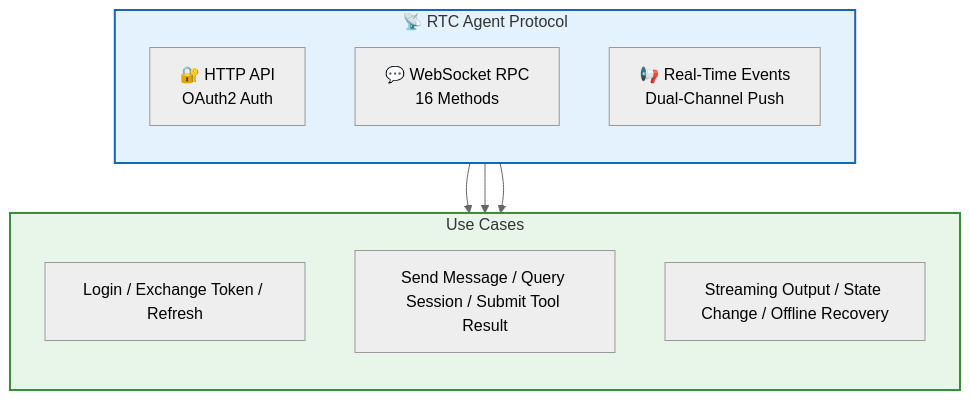
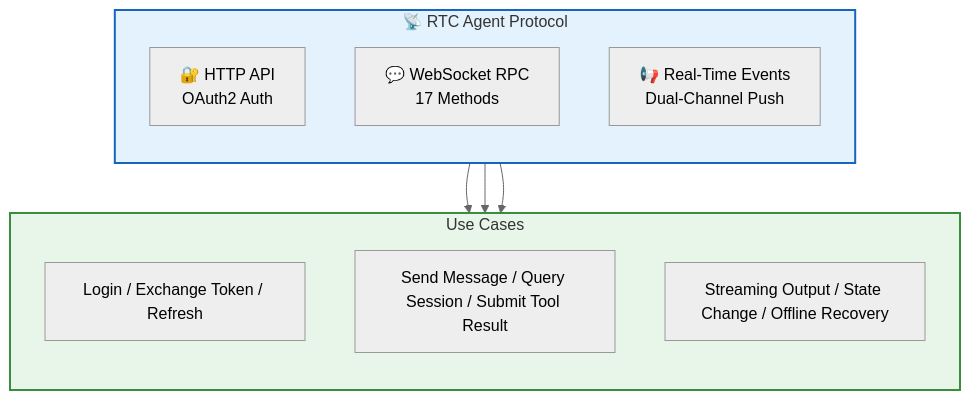
Before and after one commit to rtc-agent/docs: the first of 5 diagrams in src/content/docs/en/protocol/index.md, drawn with Mermaid (neutral theme). The commit also changed other lines of this file and 13 other files, not shown here.

````diff
--- a/src/content/docs/en/protocol/index.md
+++ b/src/content/docs/en/protocol/index.md
@@ -8,23 +8,23 @@
 ```mermaid
 flowchart TD
     subgraph PROTOCOL["📡 RTC Agent Protocol"]
         direction TB
         HTTP["🔐 HTTP API<br/>OAuth2 Auth"]
-        RPC["💬 WebSocket RPC<br/>16 Methods"]
+        RPC["💬 WebSocket RPC<br/>17 Methods"]
         EVT["📢 Real-Time Events<br/>Dual-Channel Push"]
     end
 
     subgraph USAGE["Use Cases"]
         direction TB
         U1["Login / Exchange Token / Refresh"]
         U2["Send Message / Query Session / Submit Tool Result"]
         U3["Streaming Output / State Change / Offline Recovery"]
     end
 
     HTTP --> U1
     RPC --> U2
     EVT --> U3
 
     style PROTOCOL fill:#e3f2fd,stroke:#1565c0,stroke-width:2px
     style USAGE fill:#e8f5e9,stroke:#388e3c,stroke-width:2px
 ```
````
